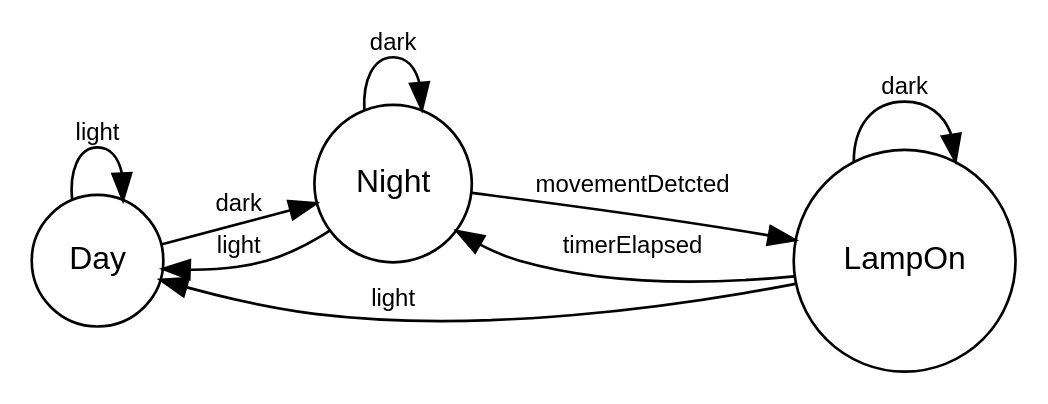
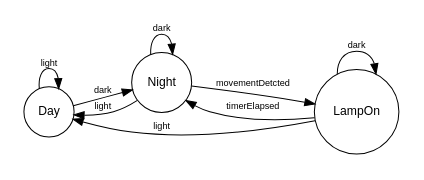
Before and after one commit to openwns/documentation: the diagram in doc/about/AboutThisBook.rst, drawn with Graphviz. The commit also changed 7 other files, not shown here.

```diff
--- a/doc/about/AboutThisBook.rst
+++ b/doc/about/AboutThisBook.rst
@@ -27,16 +27,17 @@
 .. graphviz::
 
    strict digraph finite_state_machine {
+    size="2,2";
     node [shape = circle, fontname=Helvetica, fontsize=12 ]; Day Night LampOn;
     rankdir=LR;
     Day -> Night [ label = "dark", fontname=Helvetica, fontsize=9 ]
     Day -> Day [ label = "movementDetcted", fontname=Helvetica, fontsize=9 ]
     Day -> Day [ label = "light", fontname=Helvetica, fontsize=9 ]
     Night -> Night [ label = "dark", fontname=Helvetica, fontsize=9 ]
     Night -> Day [ label = "light", fontname=Helvetica, fontsize=9 ]
     Night -> LampOn [ label = "movementDetcted", fontname=Helvetica, fontsize=9 ]
     LampOn -> Night [ label = "timerElapsed", fontname=Helvetica, fontsize=9 ]
     LampOn -> Day [ label = "light", fontname=Helvetica, fontsize=9 ]
     LampOn -> LampOn [ label = "movementDetcted", fontname=Helvetica, fontsize=9 ]
     LampOn -> LampOn [ label = "dark", fontname=Helvetica, fontsize=9 ]
     }
```
